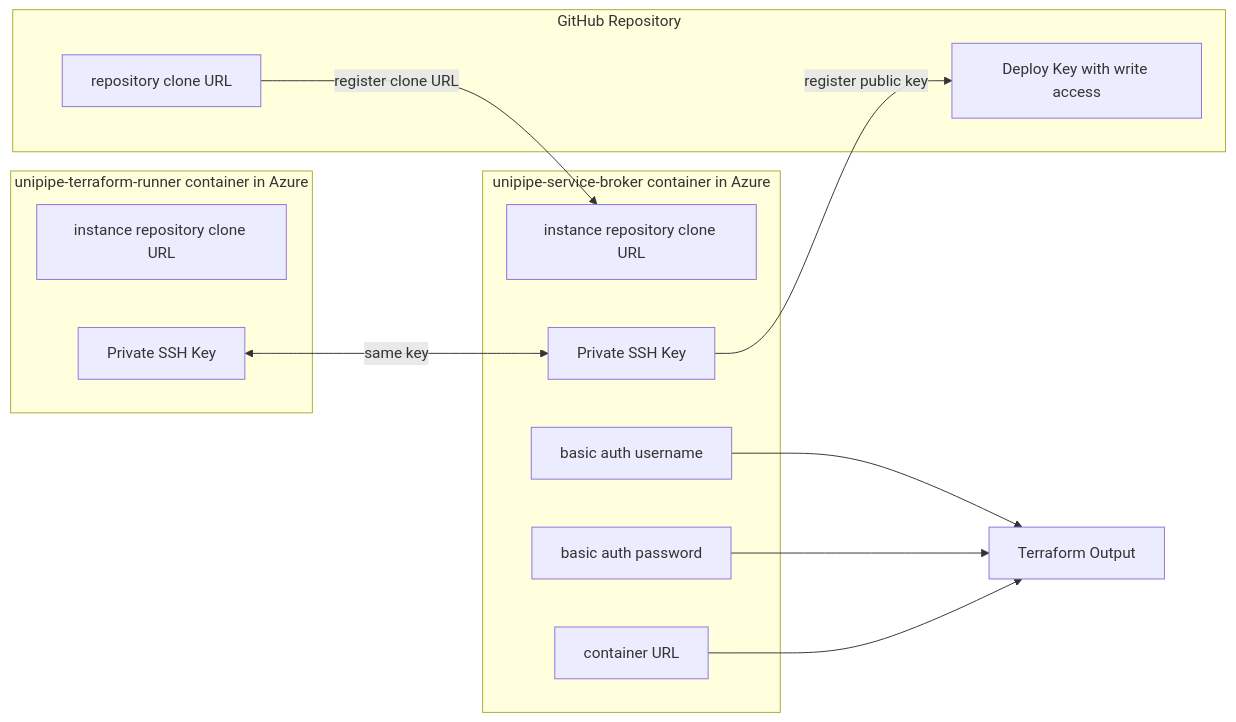
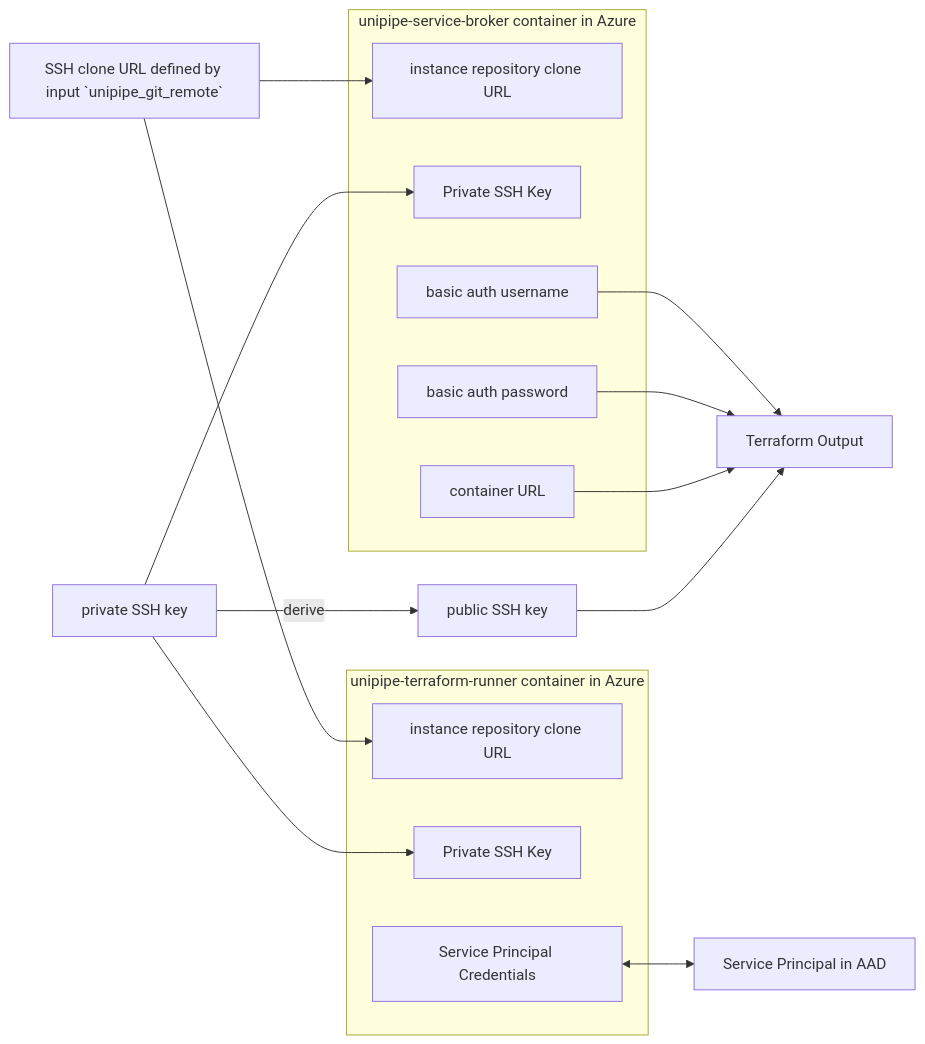
Before and after one commit to meshcloud/terraform-azure-unipipe: the diagram in examples/standard-deployment-with-terraform-runner/README.md, drawn with Mermaid. The commit also changed other lines of this file and 2 other files, not shown here.

Commit message:
do not use GitHub in terraform runner example

````diff
--- a/examples/standard-deployment-with-terraform-runner/README.md
+++ b/examples/standard-deployment-with-terraform-runner/README.md
@@ -5,30 +7,37 @@
 ```mermaid
 flowchart LR;
 
-subgraph repo[GitHub Repository]
-    deployKey[Deploy Key with write access]
-    cloneUrl[repository clone URL]
-end
+unipipe_git_remote[SSH clone URL defined by input `unipipe_git_remote` ]
+unipipe_git_remote --> instanceRepoURL
+unipipe_git_remote --> tr-instanceRepoURL
+
+unipipe_git_ssh_key[private SSH key]
+unipipe_git_ssh_key --> sshKey
+unipipe_git_ssh_key --> tr-sshKey
+unipipe_git_ssh_key_public[public SSH key]
+unipipe_git_ssh_key --derive--> unipipe_git_ssh_key_public
 
 subgraph service-broker[unipipe-service-broker container in Azure]
     instanceRepoURL[instance repository clone URL]
     sshKey[Private SSH Key]
     username[basic auth username]
     password[basic auth password]
     containerUrl[container URL]
 end
 
 subgraph terraform-runner[unipipe-terraform-runner container in Azure]
     tr-instanceRepoURL[instance repository clone URL]
     tr-sshKey[Private SSH Key]
+		service_principal_credentials[Service Principal Credentials]
 end
+
+service_principal[Service Principal in AAD]
+service_principal_credentials <--> service_principal
 
 tfoutput[Terraform Output]
 
 username --> tfoutput
 password --> tfoutput
 containerUrl --> tfoutput
-sshKey --register public key--> deployKey
-tr-sshKey <-- same key --> sshKey
-cloneUrl --register clone URL--> instanceRepoURL
+unipipe_git_ssh_key_public --> tfoutput
 ```
````
